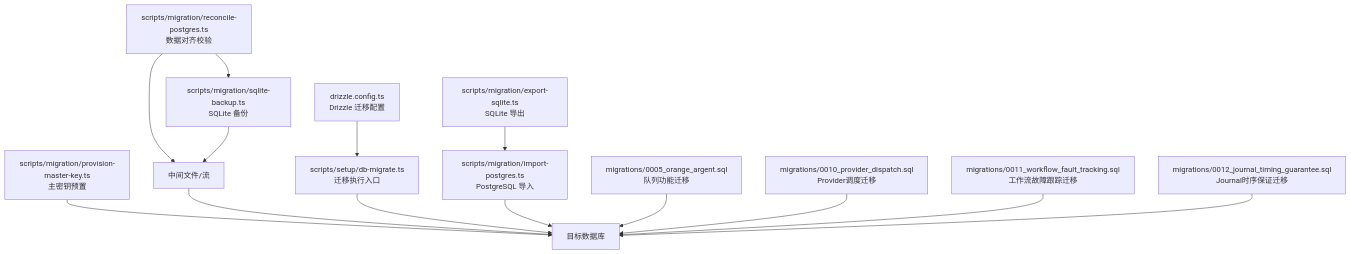
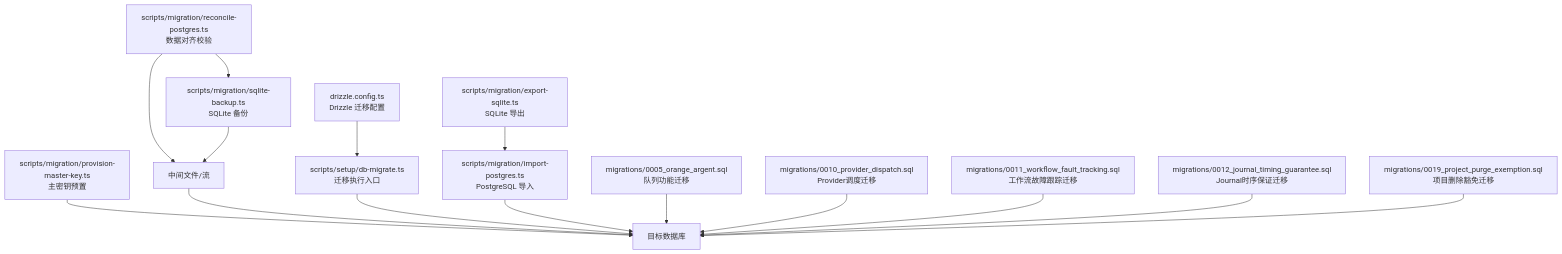
One commit to scottcwy/PurpleInk changed the first of 9 diagrams in .qoder/repowiki/zh/content/后端架构/数据访问层/数据迁移策略.md. Above: the diagram before and after it, drawn with Mermaid. The commit also changed other lines of this file and 23 other files, not shown here.

````diff
--- a/.qoder/repowiki/zh/content/后端架构/数据访问层/数据迁移策略.md
+++ b/.qoder/repowiki/zh/content/后端架构/数据访问层/数据迁移策略.md
@@ -50,16 +51,17 @@
 ```mermaid
 graph TB
 A["drizzle.config.ts<br/>Drizzle 迁移配置"] --> B["scripts/setup/db-migrate.ts<br/>迁移执行入口"]
 C["scripts/migration/export-sqlite.ts<br/>SQLite 导出"] --> D["scripts/migration/import-postgres.ts<br/>PostgreSQL 导入"]
 E["scripts/migration/reconcile-postgres.ts<br/>数据对齐校验"] --> F["scripts/migration/sqlite-backup.ts<br/>SQLite 备份"]
 G["scripts/migration/provision-master-key.ts<br/>主密钥预置"] --> H["目标数据库"]
 I["scripts/migration/claim-local-workspace.ts<br/>工作空间所有权声明"] --> H
 B --> H
 D --> H
 E --> I["中间文件/流"]
 F --> I
 J["migrations/0005_orange_argent.sql<br/>队列功能迁移"] --> H
 K["migrations/0010_provider_dispatch.sql<br/>Provider调度迁移"] --> H
 L["migrations/0011_workflow_fault_tracking.sql<br/>工作流故障跟踪迁移"] --> H
 M["migrations/0012_journal_timing_guarantee.sql<br/>Journal时序保证迁移"] --> H
+N["migrations/0019_project_purge_exemption.sql<br/>项目删除豁免迁移"] --> H
 ```
````
